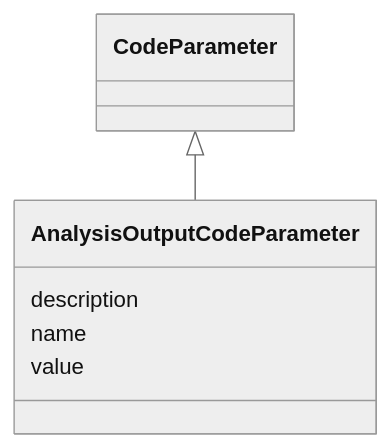
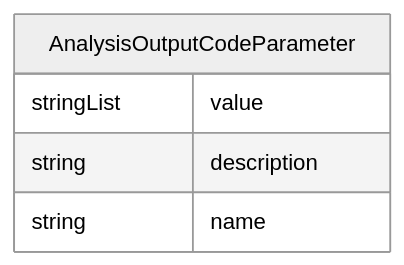
One commit to cdisc-org/analysis-results-standard changed the diagram in project/docs/AnalysisOutputCodeParameter.md. Above: the diagram before and after it, drawn with Mermaid (neutral theme). The commit also changed 131 other files, not shown here.

Commit message:
Add top-level diagram to documentation

````diff
--- a/project/docs/AnalysisOutputCodeParameter.md
+++ b/project/docs/AnalysisOutputCodeParameter.md
@@ -14,13 +13,11 @@
 ```mermaid
- classDiagram
-    class AnalysisOutputCodeParameter
-      CodeParameter <|-- AnalysisOutputCodeParameter
-      
-      AnalysisOutputCodeParameter : description
-        
-      AnalysisOutputCodeParameter : name
-        
-      AnalysisOutputCodeParameter : value
-        
-      
+erDiagram
+AnalysisOutputCodeParameter {
+    stringList value  
+    string description  
+    string name  
+}
+
+
+
 ```
````
